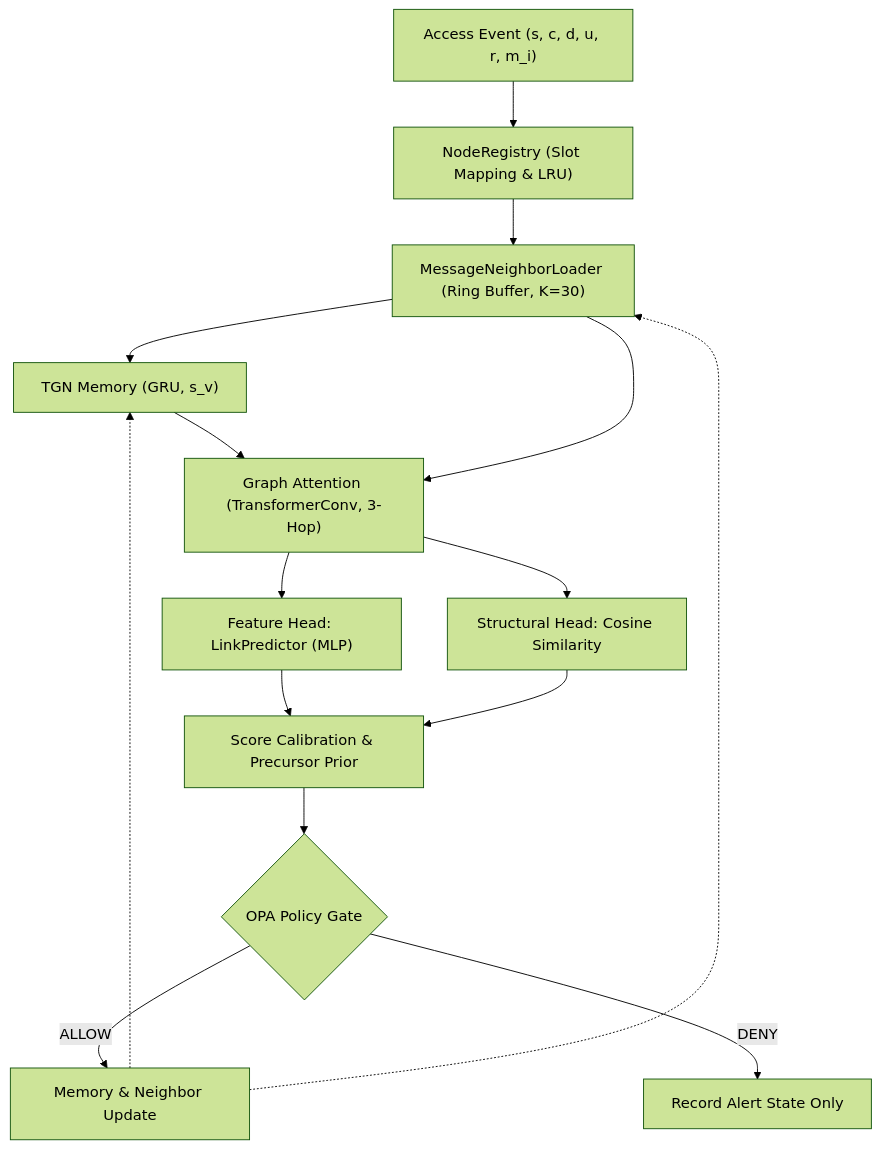
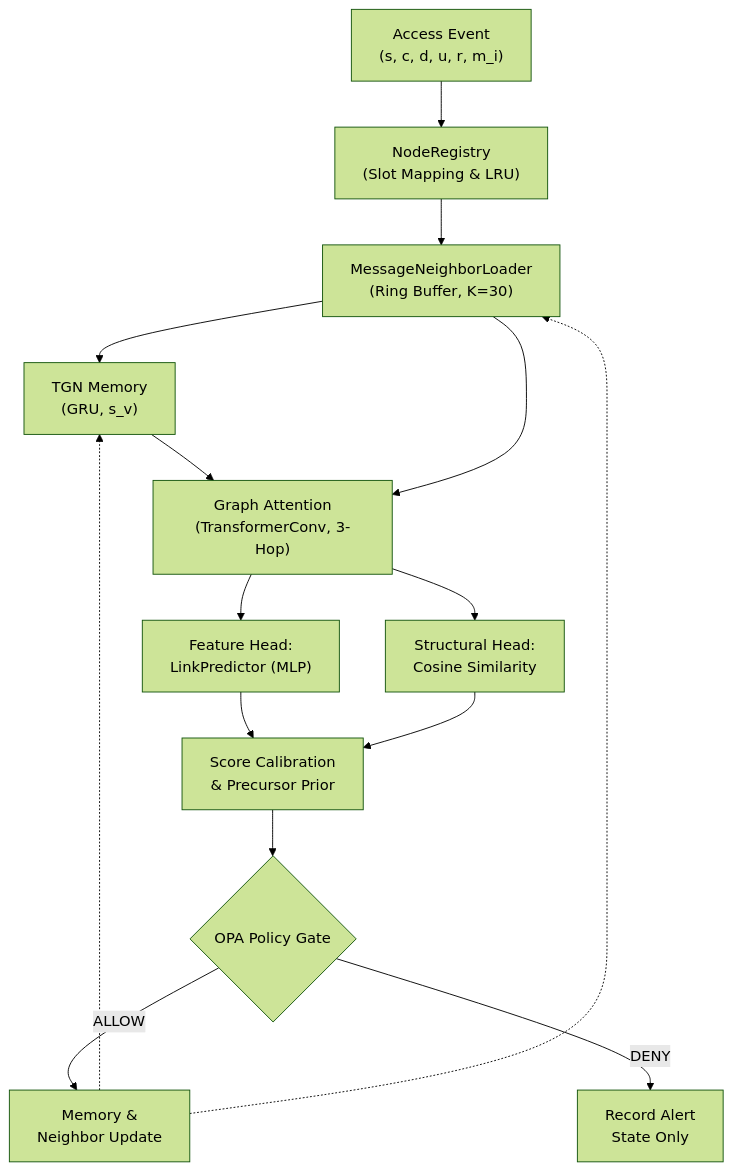
The second of 3 diagrams in README.md (DDoS-Fury/Papergate), drawn with Mermaid (forest theme) before and after one commit. The commit also changed other lines of this file and 9 other files, not shown here.

````diff
--- a/README.md
+++ b/README.md
@@ -53,24 +53,24 @@
 ```mermaid
 flowchart TD
-    EV["Access Event (s, c, d, u, r, m_i)"]
-    REG["NodeRegistry (Slot Mapping & LRU)"]
-    NL["MessageNeighborLoader (Ring Buffer, K=30)"]
-    MEM["TGN Memory (GRU, s_v)"]
-    GNN["Graph Attention (TransformerConv, 3-Hop)"]
-    LP["Feature Head: LinkPredictor (MLP)"]
-    SH["Structural Head: Cosine Similarity"]
-    CAL["Score Calibration & Precursor Prior"]
+    EV["Access Event<br/>(s, c, d, u, r, m_i)"]
+    REG["NodeRegistry<br/>(Slot Mapping & LRU)"]
+    NL["MessageNeighborLoader<br/>(Ring Buffer, K=30)"]
+    MEM["TGN Memory<br/>(GRU, s_v)"]
+    GNN["Graph Attention<br/>(TransformerConv, 3-Hop)"]
+    LP["Feature Head:<br/>LinkPredictor (MLP)"]
+    SH["Structural Head:<br/>Cosine Similarity"]
+    CAL["Score Calibration<br/>& Precursor Prior"]
     GATE{"OPA Policy Gate"}
-    UPD["Memory & Neighbor Update"]
+    UPD["Memory &<br/>Neighbor Update"]
 
     EV --> REG --> NL
     NL --> MEM --> GNN
     NL --> GNN
     GNN --> LP --> CAL
     GNN --> SH --> CAL
     CAL --> GATE
     GATE -->|ALLOW| UPD
-    GATE -->|DENY| ALARM["Record Alert State Only"]
+    GATE -->|DENY| ALARM["Record Alert<br/>State Only"]
     UPD -.-> MEM
     UPD -.-> NL
 ```
````
